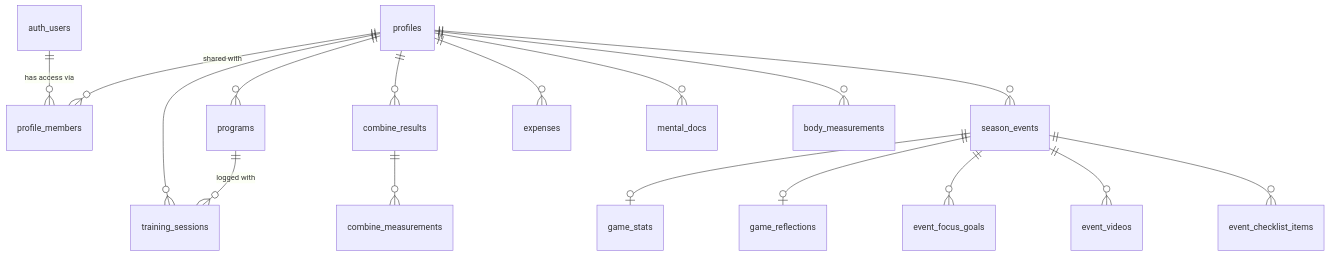
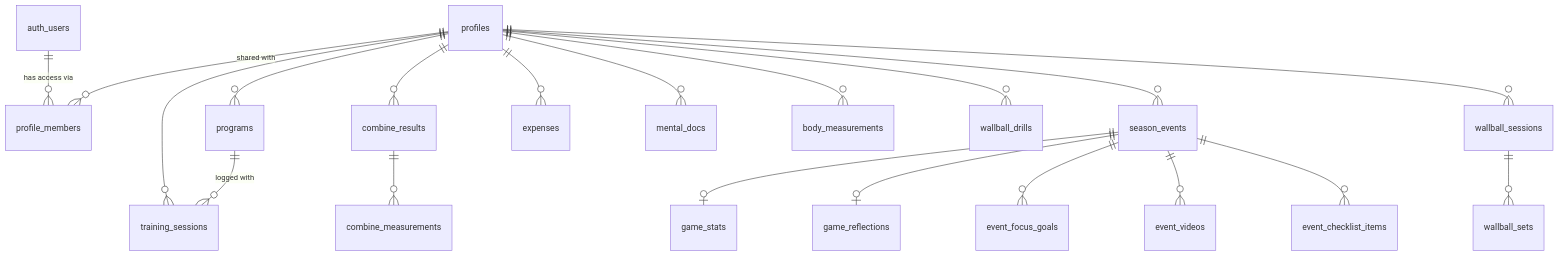
One commit to Princa/LaxPocket changed the diagram in docs/supabase.md. Above: the diagram before and after it, drawn with Mermaid. The commit also changed other lines of this file and 22 other files, not shown here.

````diff
--- a/docs/supabase.md
+++ b/docs/supabase.md
@@ -25,19 +25,22 @@
 ```mermaid
 erDiagram
     auth_users ||--o{ profile_members : "has access via"
     profiles ||--o{ profile_members : "shared with"
     profiles ||--o{ programs : ""
     profiles ||--o{ training_sessions : ""
     programs ||--o{ training_sessions : "logged with"
     profiles ||--o{ combine_results : ""
     combine_results ||--o{ combine_measurements : ""
     profiles ||--o{ season_events : ""
     season_events ||--o| game_stats : ""
     season_events ||--o| game_reflections : ""
     season_events ||--o{ event_focus_goals : ""
     season_events ||--o{ event_videos : ""
     season_events ||--o{ event_checklist_items : ""
     profiles ||--o{ expenses : ""
     profiles ||--o{ mental_docs : ""
     profiles ||--o{ body_measurements : ""
+    profiles ||--o{ wallball_drills : ""
+    profiles ||--o{ wallball_sessions : ""
+    wallball_sessions ||--o{ wallball_sets : ""
 ```
````
